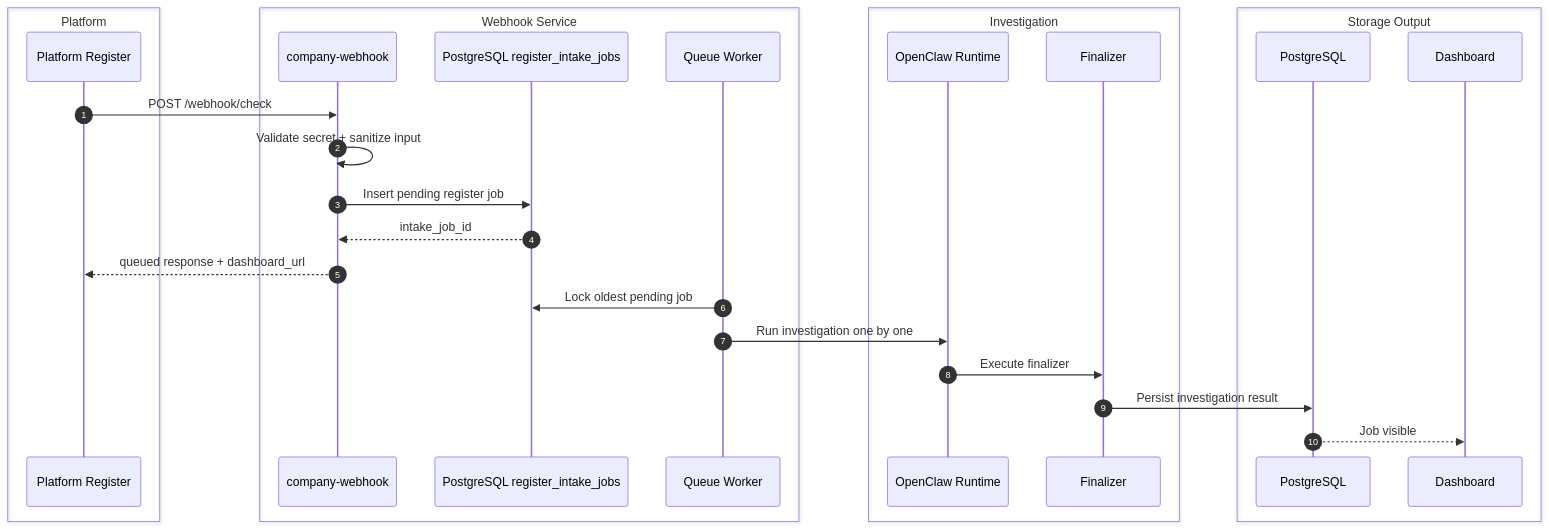
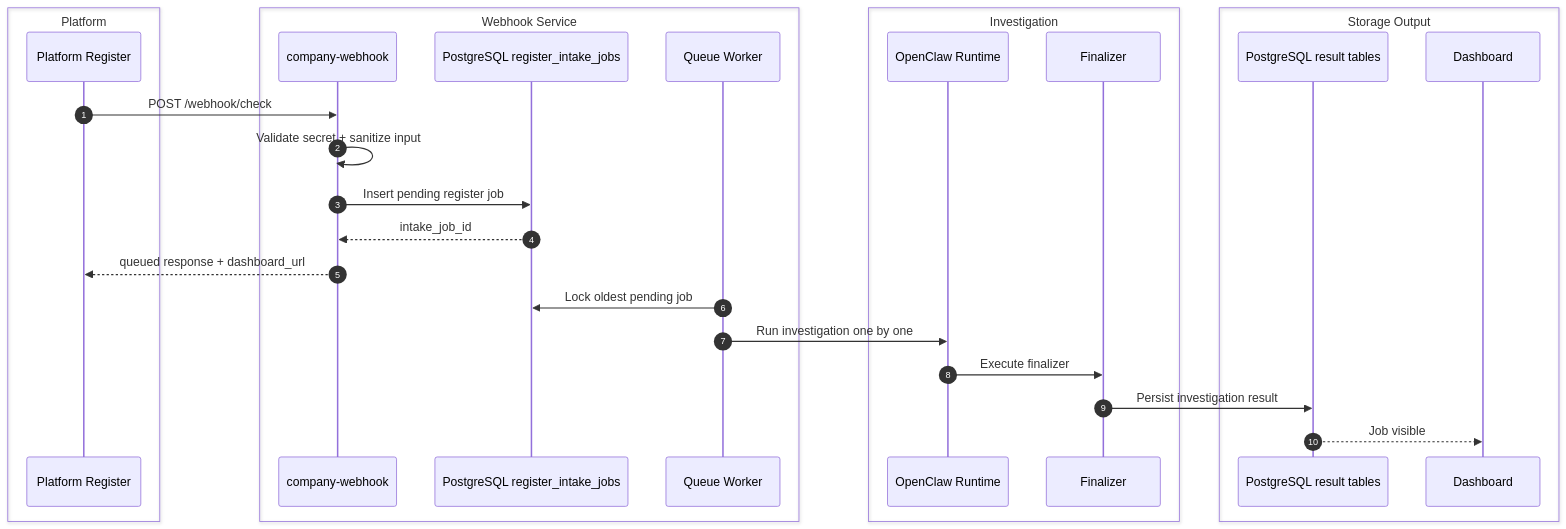
One commit to nunutech40/company-detector-bot changed the seventh of 8 diagrams in docs/technical/FLOW_MAP.md. Above: the diagram before and after it, drawn with Mermaid. The commit also changed other lines of this file and 1 other file, not shown here.

Commit message:
fix webhook digest sequence arrows

````diff
--- a/docs/technical/FLOW_MAP.md
+++ b/docs/technical/FLOW_MAP.md
@@ -447,34 +447,34 @@
 ```mermaid
 sequenceDiagram
   autonumber
   box Platform
     participant Platform as Platform Register
   end
 
   box Webhook Service
     participant Webhook as company-webhook
-    participant Queue as PostgreSQL register_intake_jobs
+    participant IntakeDB as PostgreSQL register_intake_jobs
     participant Worker as Queue Worker
   end
 
   box Investigation
     participant OpenClaw as OpenClaw Runtime
     participant Finalizer as Finalizer
   end
 
   box Storage Output
-    participant DB as PostgreSQL
+    participant ResultDB as PostgreSQL result tables
     participant Dashboard as Dashboard
   end
 
   Platform->>Webhook: POST /webhook/check
   Webhook->>Webhook: Validate secret + sanitize input
-  Webhook->>Queue: Insert pending register job
-  Queue-->>Webhook: intake_job_id
+  Webhook->>IntakeDB: Insert pending register job
+  IntakeDB-->>Webhook: intake_job_id
   Webhook-->>Platform: queued response + dashboard_url
-  Worker->>Queue: Lock oldest pending job
+  Worker->>IntakeDB: Lock oldest pending job
   Worker->>OpenClaw: Run investigation one by one
   OpenClaw->>Finalizer: Execute finalizer
-  Finalizer->>DB: Persist investigation result
-  DB-->>Dashboard: Job visible
+  Finalizer->>ResultDB: Persist investigation result
+  ResultDB-->>Dashboard: Job visible
 ```
````
